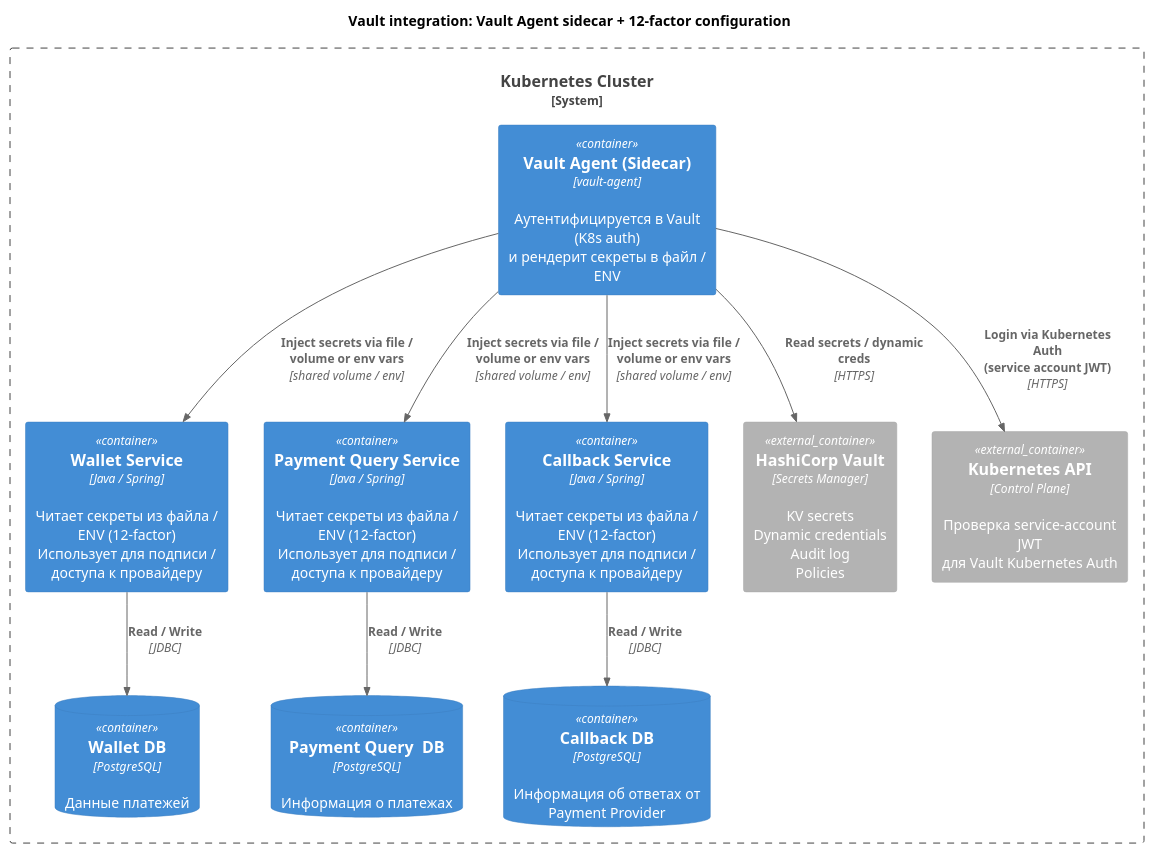
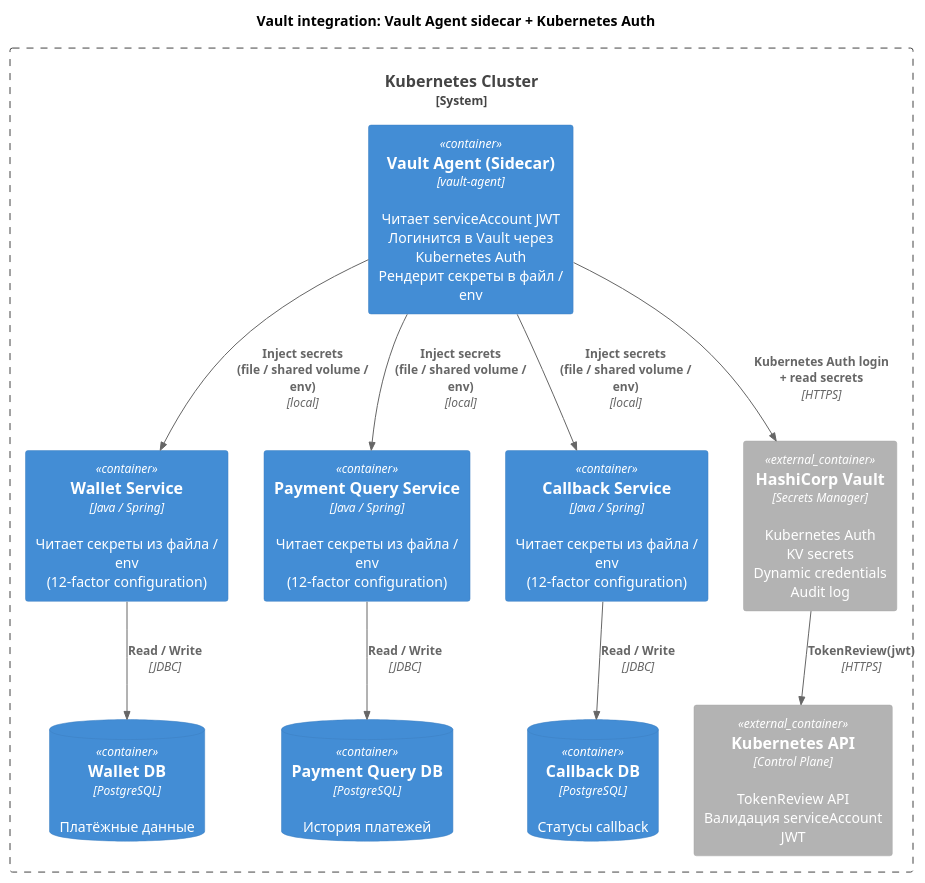
Before and after one commit to vaneks/System-design: the diagram in project/C4/BankPlatform_Vault_C2.puml, drawn with PlantUML. The commit also changed 17 other files, not shown here.

```diff
--- a/project/C4/BankPlatform_Vault_C2.puml
+++ b/project/C4/BankPlatform_Vault_C2.puml
@@ -1,33 +1,30 @@
 @startuml
 !include https://raw.githubusercontent.com/plantuml-stdlib/C4-PlantUML/master/C4_Container.puml
 
-title Vault integration: Vault Agent sidecar + 12-factor configuration
+title Vault integration: Vault Agent sidecar + Kubernetes Auth
 
 System_Boundary(k8s, "Kubernetes Cluster") {
 
-    Container(vaultAgent, "Vault Agent (Sidecar)", "vault-agent", "Аутентифицируется в Vault (K8s auth)\nи рендерит секреты в файл / ENV")
-
-    Container(appWallet, "Wallet Service", "Java / Spring", "Читает секреты из файла / ENV (12-factor)\nИспользует для подписи / доступа к провайдеру")
-    Container(appQuery, "Payment Query Service", "Java / Spring", "Читает секреты из файла / ENV (12-factor)\nИспользует для подписи / доступа к провайдеру")
-    Container(appCallback, "Callback Service", "Java / Spring", "Читает секреты из файла / ENV (12-factor)\nИспользует для подписи / доступа к провайдеру")
-    ContainerDb(walletDb, "Wallet DB", "PostgreSQL", "Данные платежей")
-    ContainerDb(queryDb, "Payment Query  DB", "PostgreSQL", "Информация о платежах")
-    ContainerDb(callbackDb, "Callback DB", "PostgreSQL", "Информация об ответах от Payment Provider")
-
-    Container_Ext(vault, "HashiCorp Vault", "Secrets Manager", "KV secrets\nDynamic credentials\nAudit log\nPolicies")
-
-    Container_Ext(k8sApi, "Kubernetes API", "Control Plane", "Проверка service-account JWT\nдля Vault Kubernetes Auth")
+    Container(vaultAgent, "Vault Agent (Sidecar)", "vault-agent",  "Читает serviceAccount JWT\nЛогинится в Vault через Kubernetes Auth\nРендерит секреты в файл / env")
+    Container(appWallet, "Wallet Service", "Java / Spring",   "Читает секреты из файла / env\n(12-factor configuration)")
+    Container(appQuery, "Payment Query Service", "Java / Spring",  "Читает секреты из файла / env\n(12-factor configuration)")
+    Container(appCallback, "Callback Service", "Java / Spring",  "Читает секреты из файла / env\n(12-factor configuration)")
+    ContainerDb(walletDb, "Wallet DB", "PostgreSQL", "Платёжные данные")
+    ContainerDb(queryDb, "Payment Query DB", "PostgreSQL", "История платежей")
+    ContainerDb(callbackDb, "Callback DB", "PostgreSQL", "Статусы callback")
+    Container_Ext(vault, "HashiCorp Vault", "Secrets Manager",   "Kubernetes Auth\nKV secrets\nDynamic credentials\nAudit log")
+    Container_Ext(k8sApi, "Kubernetes API", "Control Plane",   "TokenReview API\nВалидация serviceAccount JWT")
 }
 
-Rel(vaultAgent, vault, "Read secrets / dynamic creds", "HTTPS")
-Rel(vaultAgent, k8sApi, "Login via Kubernetes Auth\n(service account JWT)", "HTTPS")
+Rel(vaultAgent, vault, "Kubernetes Auth login\n+ read secrets", "HTTPS")
+Rel(vault, k8sApi, "TokenReview(jwt)", "HTTPS")
 
-Rel(vaultAgent, appWallet, "Inject secrets via file / volume or env vars", "shared volume / env")
-Rel(vaultAgent, appQuery, "Inject secrets via file / volume or env vars", "shared volume / env")
-Rel(vaultAgent, appCallback, "Inject secrets via file / volume or env vars", "shared volume / env")
+Rel(vaultAgent, appWallet, "Inject secrets\n(file / shared volume / env)", "local")
+Rel(vaultAgent, appQuery, "Inject secrets\n(file / shared volume / env)", "local")
+Rel(vaultAgent, appCallback, "Inject secrets\n(file / shared volume / env)", "local")
 
 Rel(appWallet, walletDb, "Read / Write", "JDBC")
 Rel(appQuery, queryDb, "Read / Write", "JDBC")
 Rel(appCallback, callbackDb, "Read / Write", "JDBC")
 
 @enduml
```
